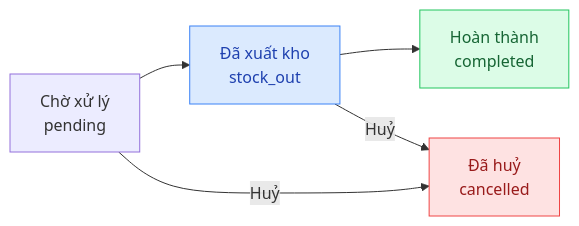
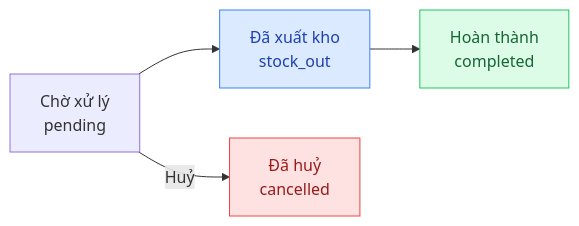
The diagram in docs/guide/manager/orders.mdx (tiemtaphoakorea/tiemtaphoakorea), drawn with Mermaid before and after one commit. The commit also changed other lines of this file and 350 other files, not shown here.

````diff
--- a/docs/guide/manager/orders.mdx
+++ b/docs/guide/manager/orders.mdx
@@ -42,10 +42,10 @@
 ```mermaid
 flowchart LR
     A["Chờ xử lý<br/>pending"] --> B["Đã xuất kho<br/>stock_out"]
     B --> C["Hoàn thành<br/>completed"]
-    A & B -->|Huỷ| D["Đã huỷ<br/>cancelled"]
+    A -->|Huỷ| D["Đã huỷ<br/>cancelled"]
 
     style D fill:#fee2e2,stroke:#ef4444,color:#991b1b
     style C fill:#dcfce7,stroke:#22c55e,color:#166534
     style B fill:#dbeafe,stroke:#3b82f6,color:#1e40af
 ```
````
